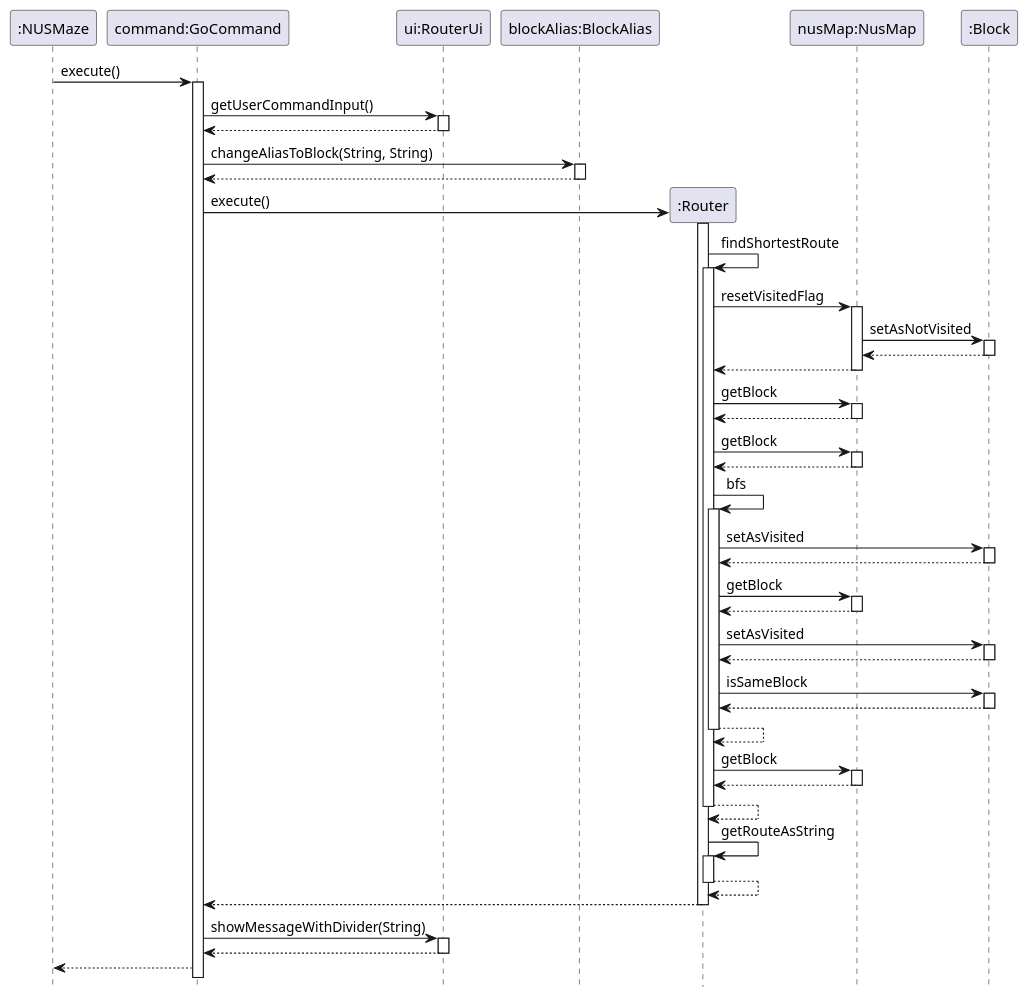
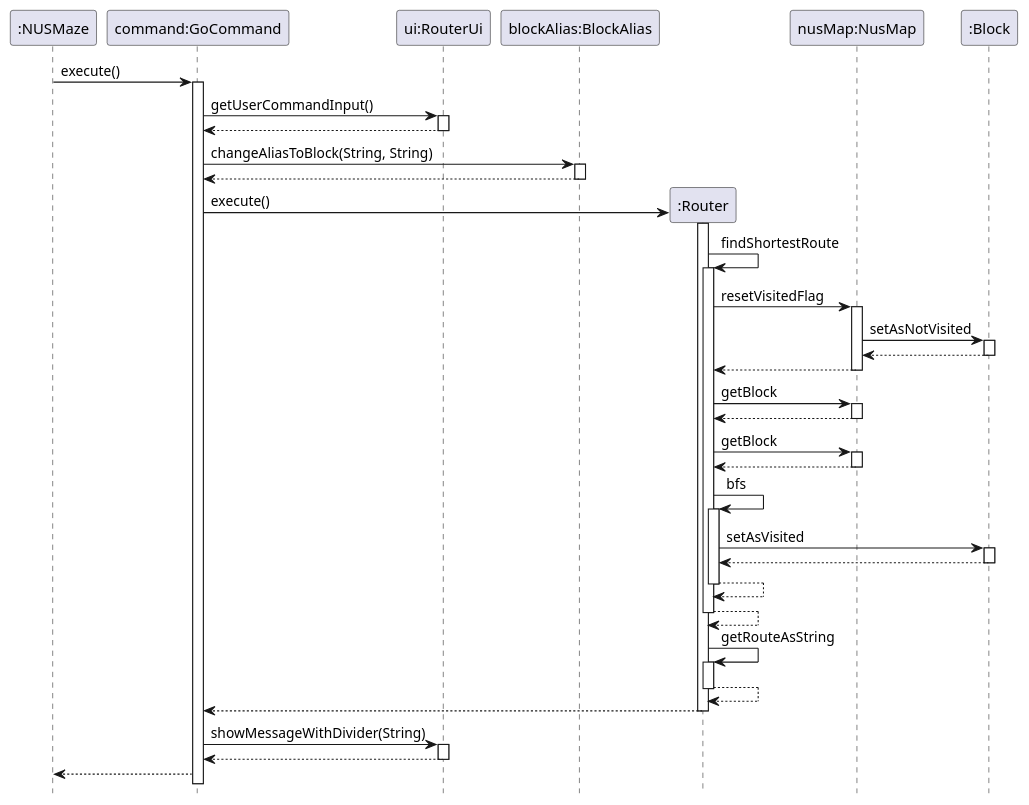
Before and after one commit to nus-cs2113-AY2021S2/tp: the diagram in docs/puml/routersequencediagram.puml, drawn with PlantUML. The commit also changed 10 other files, not shown here.

```diff
--- a/docs/puml/routersequencediagram.puml
+++ b/docs/puml/routersequencediagram.puml
@@ -1,75 +1,61 @@
 @startuml
 hide footbox
 participant ":NUSMaze"
 participant "command:GoCommand"
 participant "ui:RouterUi"
 participant "blockAlias:BlockAlias"
 ":NUSMaze"-> "command:GoCommand" : execute()
 activate "command:GoCommand"
 "command:GoCommand" -> "ui:RouterUi": getUserCommandInput()
 activate "ui:RouterUi"
 "ui:RouterUi" --> "command:GoCommand":
 deactivate "ui:RouterUi"
 "command:GoCommand" -> "blockAlias:BlockAlias": changeAliasToBlock(String, String)
 activate "blockAlias:BlockAlias"
 return
 deactivate "blockAlias:BlockAlias"
 create ":Router"
 "command:GoCommand" -> ":Router" : execute()
 activate ":Router"
 ":Router" -> ":Router" : findShortestRoute
 activate ":Router"
 ":Router" -> "nusMap:NusMap" : resetVisitedFlag
 activate "nusMap:NusMap"
 "nusMap:NusMap" -> ":Block" : setAsNotVisited
 activate ":Block"
 ":Block" --> "nusMap:NusMap"
 deactivate ":Block"
 "nusMap:NusMap" --> ":Router"
 deactivate "nusMap:NusMap"
 ":Router" -> "nusMap:NusMap" : getBlock
 activate "nusMap:NusMap"
 "nusMap:NusMap" --> ":Router"
 deactivate "nusMap:NusMap"
 ":Router" -> "nusMap:NusMap" : getBlock
 activate "nusMap:NusMap"
 "nusMap:NusMap" --> ":Router"
 deactivate "nusMap:NusMap"
 ":Router" -> ":Router" : bfs
 activate ":Router"
 ":Router" -> ":Block" : setAsVisited
 activate ":Block"
 ":Block" --> ":Router"
 deactivate ":Block"
-":Router" -> "nusMap:NusMap" : getBlock
-activate "nusMap:NusMap"
-"nusMap:NusMap" --> ":Router"
 deactivate "nusMap:NusMap"
-":Router" -> ":Block" : setAsVisited
-activate ":Block"
-":Block" --> ":Router"
-deactivate ":Block"
-":Router" -> ":Block" : isSameBlock
-activate ":Block"
-":Block" --> ":Router"
 deactivate ":Block"
 ":Router" --> ":Router"
 deactivate ":Router"
-":Router" -> "nusMap:NusMap" : getBlock
-activate "nusMap:NusMap"
-"nusMap:NusMap" --> ":Router"
-deactivate "nusMap:NusMap"
 ":Router" --> ":Router"
 deactivate ":Router"
 ":Router" -> ":Router" : getRouteAsString
 activate ":Router"
 ":Router" --> ":Router"
 deactivate ":Router"
 ":Router" --> "command:GoCommand"
 deactivate ":Router"
 "command:GoCommand" -> "ui:RouterUi": showMessageWithDivider(String)
 activate "ui:RouterUi"
 return
 
  "command:GoCommand" --> ":NUSMaze"
 @enduml
```
